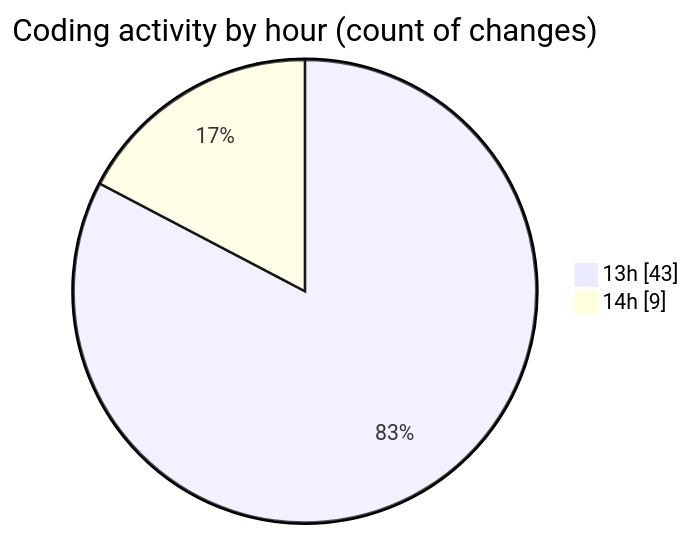
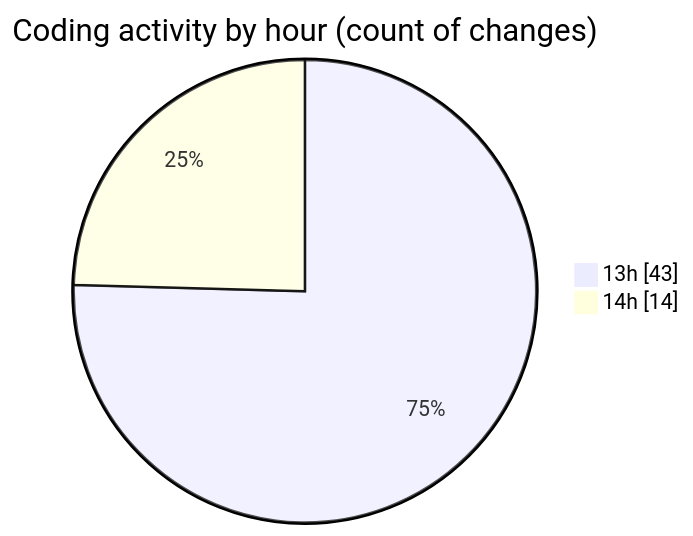
One commit to MatusMokan/code-tracking changed the second of 2 diagrams in 2025-10-04/untitled__workspace_/README.md. Above: the diagram before and after it, drawn with Mermaid. The commit also changed other lines of this file and 1 other file, not shown here.

````diff
--- a/2025-10-04/untitled__workspace_/README.md
+++ b/2025-10-04/untitled__workspace_/README.md
@@ -45,6 +45,6 @@
 ```mermaid
 pie showData
 title Coding activity by hour (count of changes)
 "13h" : 43
-"14h" : 9
+"14h" : 14
 ```
````
